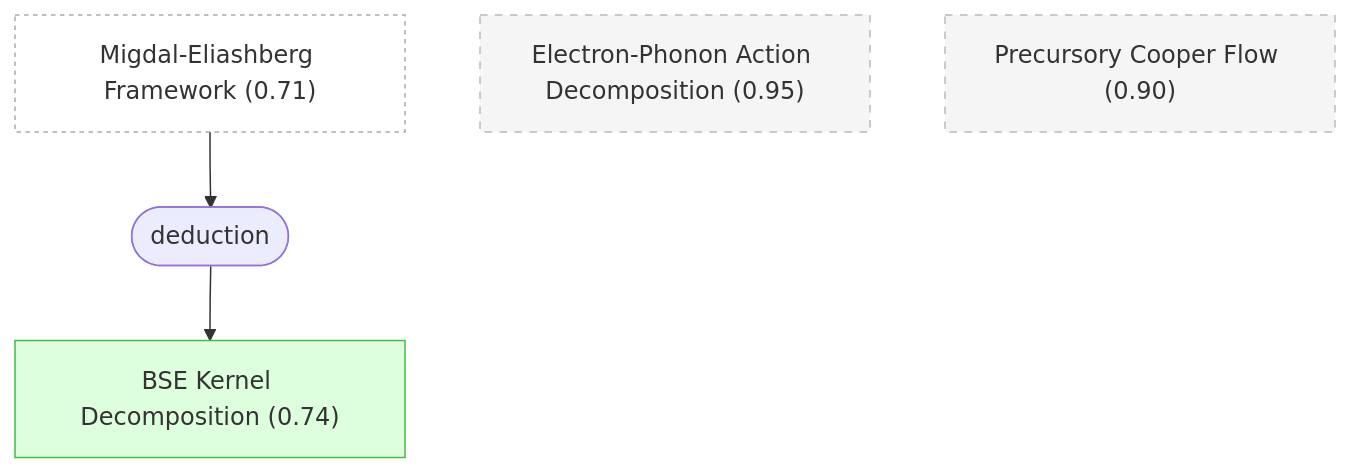
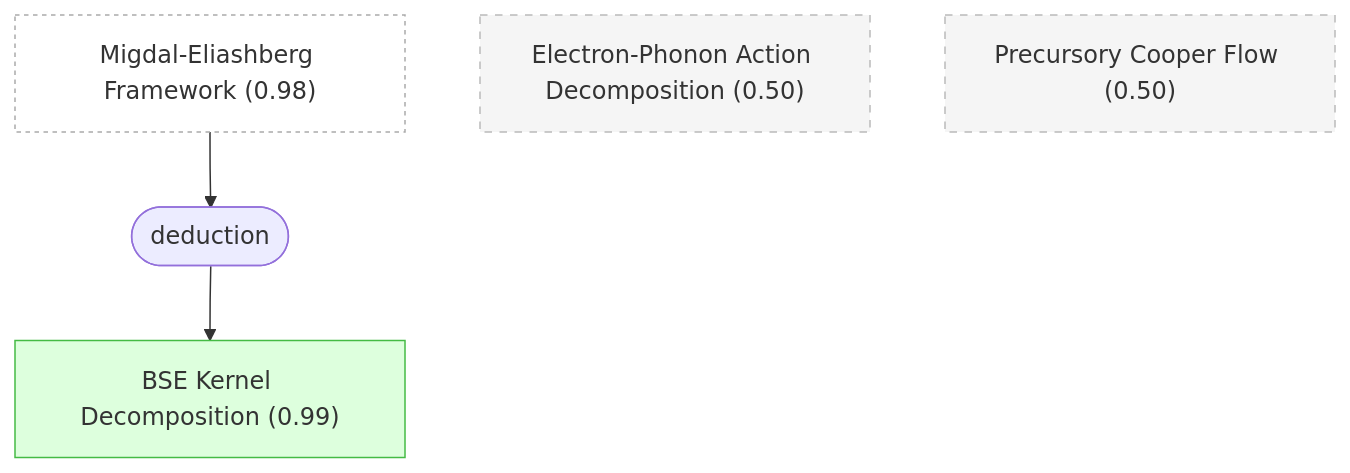
Before and after one commit to kunyuan/SuperconductivityElectronLiquids.gaia: the second of 6 diagrams in docs/detailed-reasoning.md, drawn with Mermaid. The commit also changed other lines of this file and 46 other files, not shown here.

````diff
--- a/docs/detailed-reasoning.md
+++ b/docs/detailed-reasoning.md
@@ -219,20 +226,20 @@
 ```mermaid
 graph TD
-    me_framework["Migdal-Eliashberg Framework (0.71)"]:::external
-    electron_phonon_action["Electron-Phonon Action Decomposition (0.95)"]:::background
-    bse_kernel_decomposition["BSE Kernel Decomposition (0.74)"]:::derived
-    precursory_cooper_flow["Precursory Cooper Flow (0.90)"]:::background
-    strat_1(["deduction"])
-    me_framework --> strat_1
-    strat_1 --> bse_kernel_decomposition
+    me_framework["Migdal-Eliashberg Framework (0.98)"]:::external
+    electron_phonon_action["Electron-Phonon Action Decomposition (0.50)"]:::background
+    bse_kernel_decomposition["BSE Kernel Decomposition (0.99)"]:::derived
+    precursory_cooper_flow["Precursory Cooper Flow (0.50)"]:::background
+    strat_3(["deduction"])
+    me_framework --> strat_3
+    strat_3 --> bse_kernel_decomposition
 
-    classDef setting fill:#f0f0f0,stroke:#999,color:#333
+    classDef note fill:#f0f0f0,stroke:#999,color:#333
     classDef premise fill:#ddeeff,stroke:#4488bb,color:#333
     classDef derived fill:#ddffdd,stroke:#44bb44,color:#333
     classDef question fill:#fff3dd,stroke:#cc9944,color:#333
     classDef background fill:#f5f5f5,stroke:#bbb,stroke-dasharray: 5 5,color:#333
     classDef orphan fill:#fff,stroke:#ccc,stroke-dasharray: 5 5,color:#333
     classDef external fill:#fff,stroke:#aaa,stroke-dasharray: 3 3,color:#333
     classDef weak fill:#fff9c4,stroke:#f9a825,stroke-dasharray: 5 5,color:#333
     classDef contra fill:#ffebee,stroke:#c62828,color:#333
 ```
````
